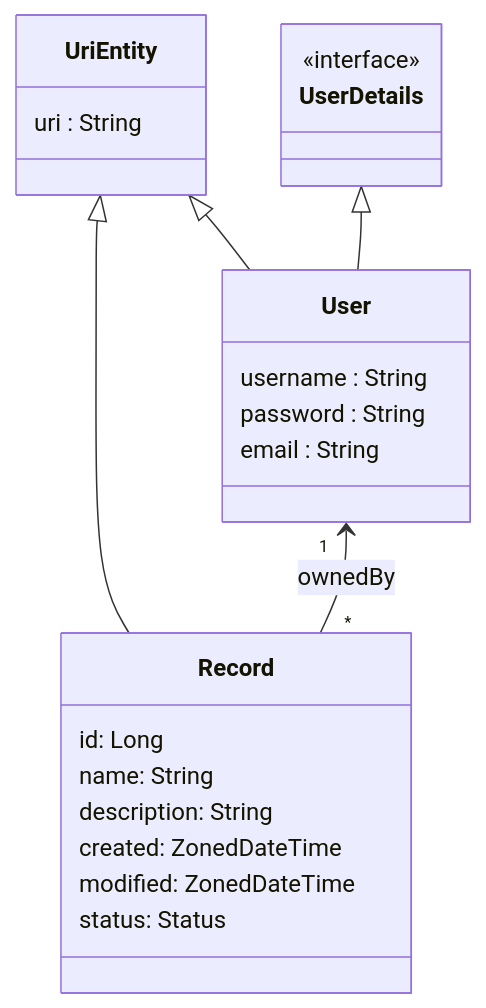
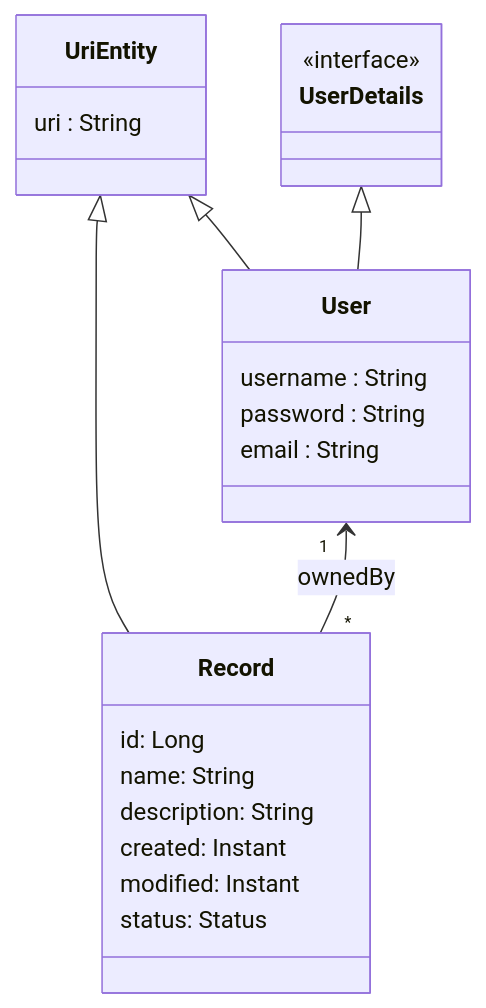
One commit to UdL-EPS-SoftArch/spring-template changed the diagram in README.md. Above: the diagram before and after it, drawn with Mermaid. The commit also changed other lines of this file and 14 other files, not shown here.

````diff
--- a/README.md
+++ b/README.md
@@ -31,29 +31,29 @@
 ```mermaid
 classDiagram
     class UriEntity {
         uri : String
     }
 
     class UserDetails
     <<interface>> UserDetails
 
     class User  {
         username : String
         password : String
         email : String
     }
 
     class Record {
         id: Long
         name: String
         description: String
-        created: ZonedDateTime
-        modified: ZonedDateTime
+        created: Instant
+        modified: Instant
         status: Status
     }
 
     UriEntity <|-- User
     UserDetails <|-- User
     UriEntity <|-- Record
     User "1" <-- "*" Record: ownedBy
 ```
````
